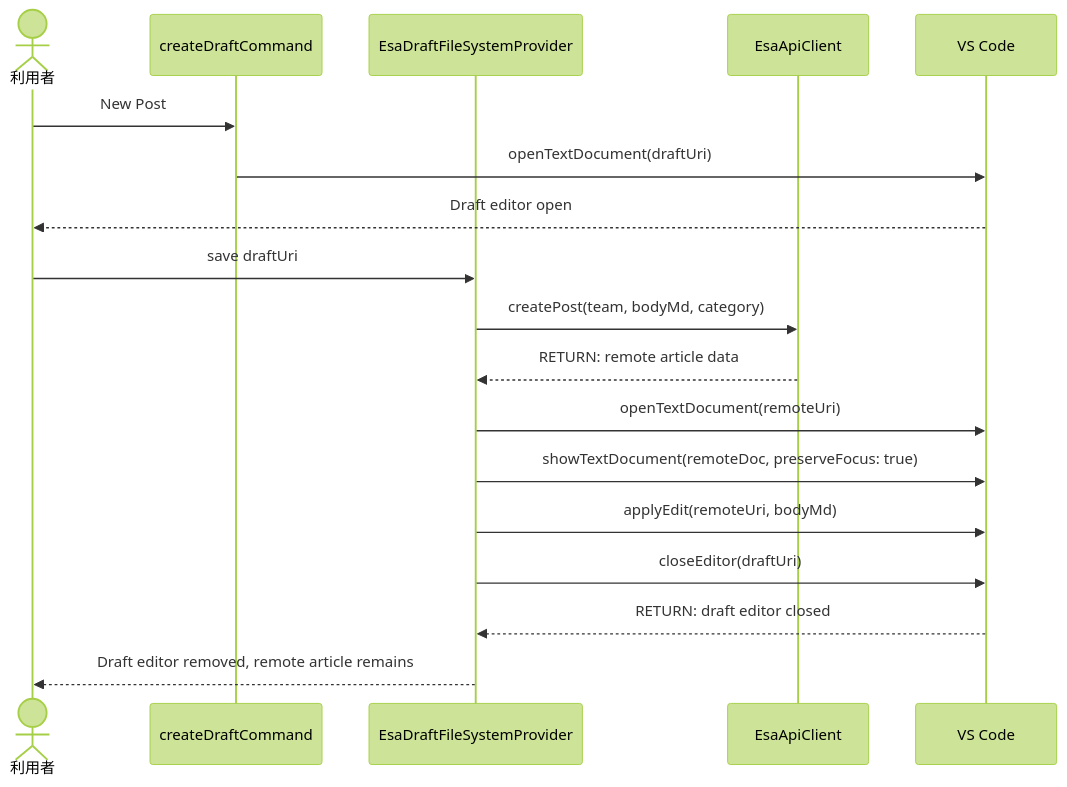
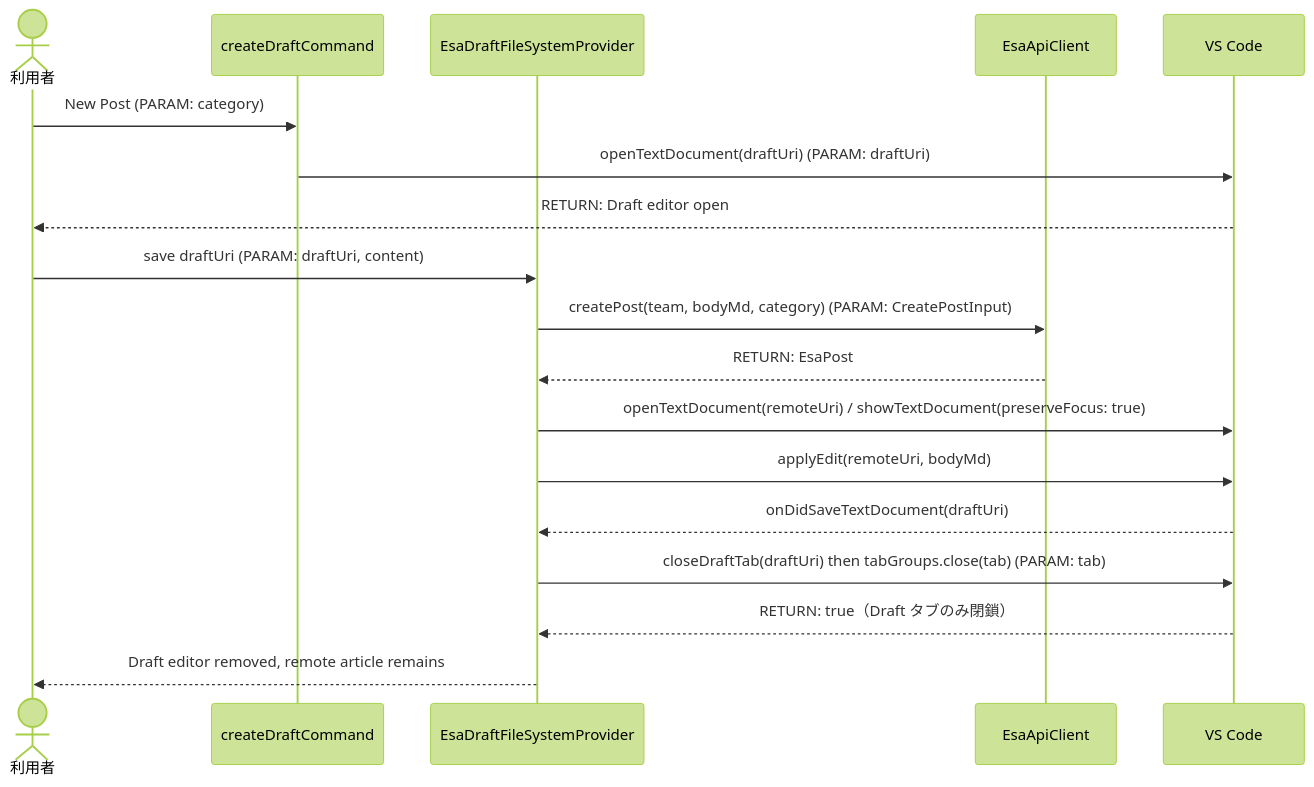
One commit to LevelCapCoJapanTools/vscode_esa_explorer changed the first of 6 diagrams in .github/copilot/plans/8-new-draft-close.md. Above: the diagram before and after it, drawn with Mermaid (forest theme). The commit also changed other lines of this file, not shown here.

First line of the commit message:
design: 下書き閉鎖を tabGroups による URI 照合へ修正し plan テンプレートを補完

````diff
--- a/.github/copilot/plans/8-new-draft-close.md
+++ b/.github/copilot/plans/8-new-draft-close.md
@@ -225,21 +289,21 @@
 ```mermaid
 sequenceDiagram
     actor User as 利用者
     participant Cmd as createDraftCommand
     participant Provider as EsaDraftFileSystemProvider
     participant Api as EsaApiClient
     participant VS as VS Code
 
-    User->>Cmd: New Post
-    Cmd->>VS: openTextDocument(draftUri)
-    VS-->>User: Draft editor open
-    User->>Provider: save draftUri
-    Provider->>Api: createPost(team, bodyMd, category)
-    Api-->>Provider: RETURN: remote article data
-    Provider->>VS: openTextDocument(remoteUri)
-    Provider->>VS: showTextDocument(remoteDoc, preserveFocus: true)
+    User->>Cmd: New Post (PARAM: category)
+    Cmd->>VS: openTextDocument(draftUri) (PARAM: draftUri)
+    VS-->>User: RETURN: Draft editor open
+    User->>Provider: save draftUri (PARAM: draftUri, content)
+    Provider->>Api: createPost(team, bodyMd, category) (PARAM: CreatePostInput)
+    Api-->>Provider: RETURN: EsaPost
+    Provider->>VS: openTextDocument(remoteUri) / showTextDocument(preserveFocus: true)
     Provider->>VS: applyEdit(remoteUri, bodyMd)
-    Provider->>VS: closeEditor(draftUri)
-    VS-->>Provider: RETURN: draft editor closed
+    VS-->>Provider: onDidSaveTextDocument(draftUri)
+    Provider->>VS: closeDraftTab(draftUri) then tabGroups.close(tab) (PARAM: tab)
+    VS-->>Provider: RETURN: true（Draft タブのみ閉鎖）
     Provider-->>User: Draft editor removed, remote article remains
 ```
````
